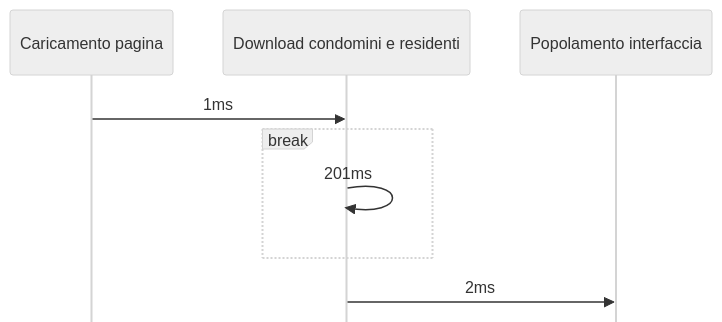
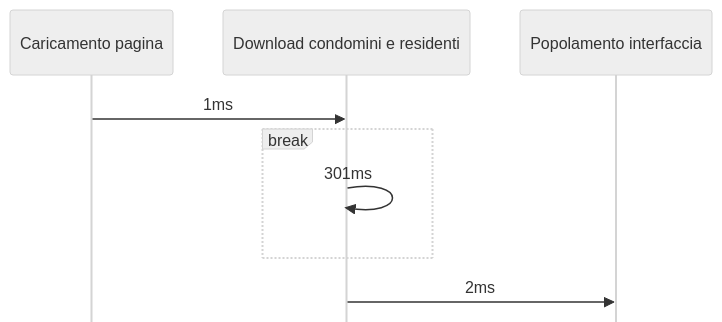
One commit to iacobucci/sviluppo_web_in_javascript changed the fifth of 6 diagrams in slides/3.md. Above: the diagram before and after it, drawn with Mermaid. The commit also changed other lines of this file and 4 other files, not shown here.

```diff
--- a/slides/3.md
+++ b/slides/3.md
@@ -425,9 +425,9 @@
 <div class="mermaid">
 %%{init: {'theme': 'neutral', 'mirrorActors': false} }%%
 sequenceDiagram
 	Caricamento pagina ->> Download condomini e residenti: 1ms
     break
-        Download condomini e residenti ->> Download condomini e residenti: 201ms
+        Download condomini e residenti ->> Download condomini e residenti: 301ms
     end
     Download condomini e residenti ->> Popolamento interfaccia: 2ms
 </div>
```
